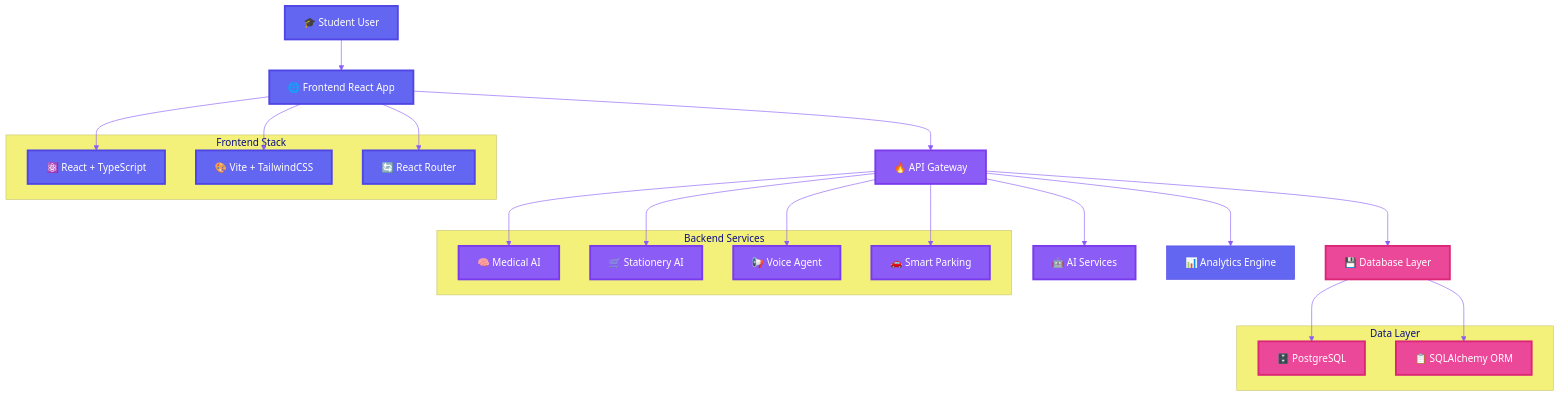
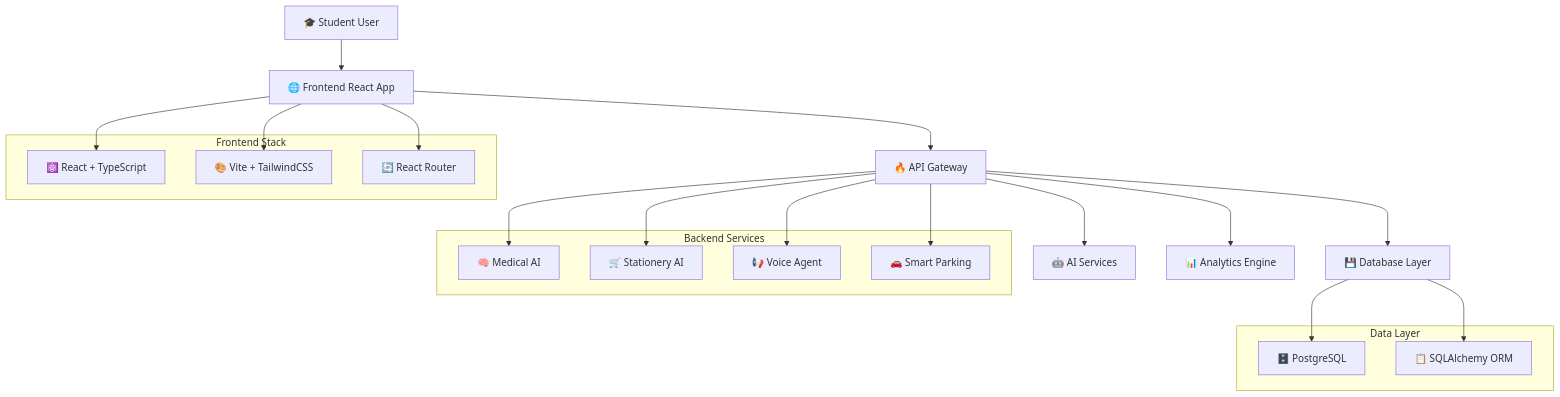
Before and after one commit to AARVAK-VSET/campus-flow: the first of 10 diagrams in README.md, drawn with Mermaid. The commit also changed other lines of this file, not shown here.

Commit message:
fix(docs): format mermaid diagrams for GitHub markdown rendering compatibility

````diff
--- a/README.md
+++ b/README.md
@@ -20,61 +20,38 @@
 ```mermaid
-%%{init: {
-  'theme': 'base',
-  'themeVariables': {
-    'primaryColor': '#6366f1',
-    'primaryTextColor': '#ffffff',
-    'primaryBorderColor': '#4f46e5',
-    'lineColor': '#8b5cf6',
-    'fillType0': '#6366f1',
-    'fillType1': '#8b5cf6',
-    'fillType2': '#ec4899',
-    'sectionBkgColor': '#1e293b',
-    'altSectionBkgColor': '#334155',
-    'gridColor': '#475569'
-  }
-}}%%
 graph TD
-    A[🎓 Student User] --> B[🌐 Frontend React App]
-    B --> C[🔥 API Gateway]
-    C --> D[🤖 AI Services]
-    C --> E[💾 Database Layer]
-    C --> F[📊 Analytics Engine]
+    A["🎓 Student User"] --> B["🌐 Frontend React App"]
+    B --> C["🔥 API Gateway"]
+    C --> D["🤖 AI Services"]
+    C --> E["💾 Database Layer"]
+    C --> F["📊 Analytics Engine"]
     
-    subgraph "Frontend Stack"
-        B1[⚛️ React + TypeScript]
-        B2[🎨 Vite + TailwindCSS]
-        B3[🔄 React Router]
+    subgraph Frontend_Stack ["Frontend Stack"]
+        B1["⚛️ React + TypeScript"]
+        B2["🎨 Vite + TailwindCSS"]
+        B3["🔄 React Router"]
     end
     
-    subgraph "Backend Services"
-        D1[🧠 Medical AI]
-        D2[🛒 Stationery AI]
-        D3[📢 Voice Agent]
-        D4[🚗 Smart Parking]
+    subgraph Backend_Services ["Backend Services"]
+        D1["🧠 Medical AI"]
+        D2["🛒 Stationery AI"]
+        D3["📢 Voice Agent"]
+        D4["🚗 Smart Parking"]
     end
     
-    subgraph "Data Layer"
-        E1[🗄️ PostgreSQL]
-        E2[📋 SQLAlchemy ORM]
+    subgraph Data_Layer ["Data Layer"]
+        E1["🗄️ PostgreSQL"]
+        E2["📋 SQLAlchemy ORM"]
     end
     
     B --> B1
     B --> B2
     B --> B3
     
     C --> D1
     C --> D2
     C --> D3
     C --> D4
     
     E --> E1
     E --> E2
-    
-    classDef frontend fill:#6366f1,stroke:#4f46e5,color:#ffffff,stroke-width:3px
-    classDef backend fill:#8b5cf6,stroke:#7c3aed,color:#ffffff,stroke-width:3px
-    classDef data fill:#ec4899,stroke:#db2777,color:#ffffff,stroke-width:3px
-    
-    class A,B,B1,B2,B3 frontend
-    class C,D,D1,D2,D3,D4 backend
-    class E,E1,E2 data
 ```
````
